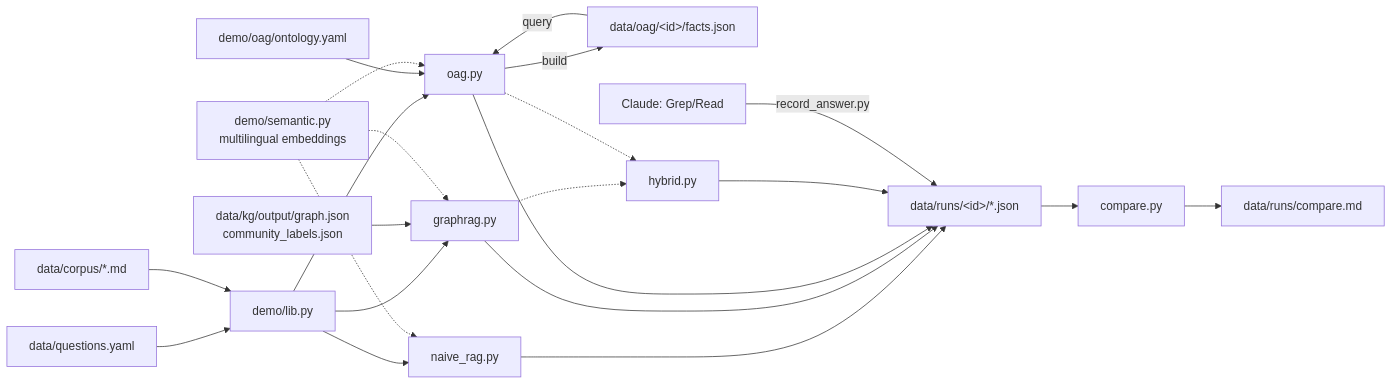
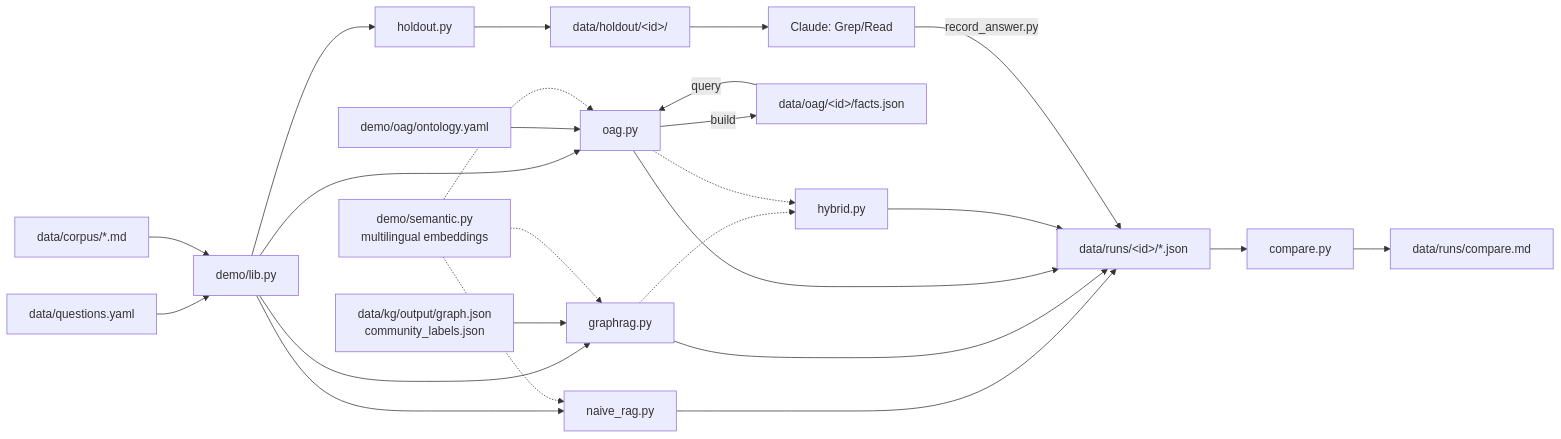
Before and after one commit to olonok69/oag_vs_kg_ml_engineer: the diagram in docs/TECHNICAL_GUIDE.md, drawn with Mermaid. The commit also changed other lines of this file and 2 other files, not shown here.

````diff
--- a/docs/TECHNICAL_GUIDE.md
+++ b/docs/TECHNICAL_GUIDE.md
@@ -14,23 +14,26 @@
 ```mermaid
 flowchart LR
     Q[data/questions.yaml] --> L[demo/lib.py]
     C[data/corpus/*.md] --> L
+    L --> HO[holdout.py]
+    HO --> V[data/holdout/&lt;id&gt;/]
+    V --> A[Claude: Grep/Read]
     L --> N[naive_rag.py]
     L --> G[graphrag.py]
     L --> O[oag.py]
     K[data/kg/output/graph.json<br/>community_labels.json] --> G
     ON[demo/oag/ontology.yaml] --> O
     S[demo/semantic.py<br/>multilingual embeddings] -.-> N
     S -.-> G
     S -.-> O
     O -- build --> F[data/oag/&lt;id&gt;/facts.json]
     F -- query --> O
     N --> R[data/runs/&lt;id&gt;/*.json]
     G --> R
     O --> R
-    G -.-> H[hybrid.py]
-    O -.-> H
-    H --> R
-    A[Claude: Grep/Read] -- record_answer.py --> R
+    G -.-> HY[hybrid.py]
+    O -.-> HY
+    HY --> R
+    A -- record_answer.py --> R
     R --> CMP[compare.py] --> MD[data/runs/compare.md]
 ```
````
